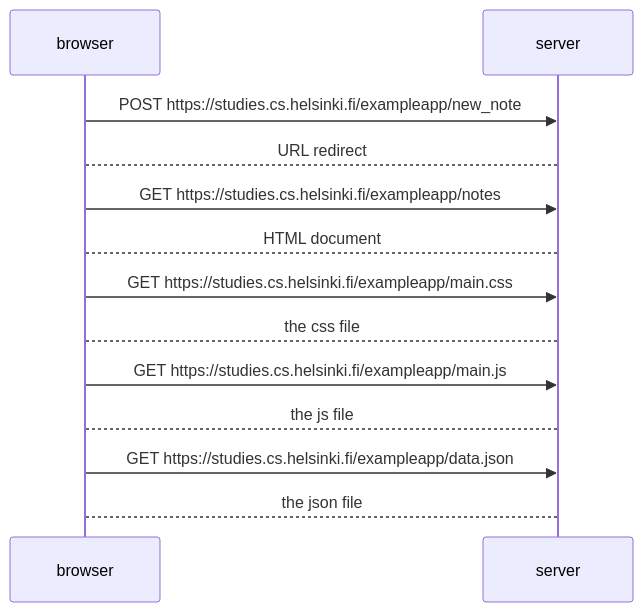
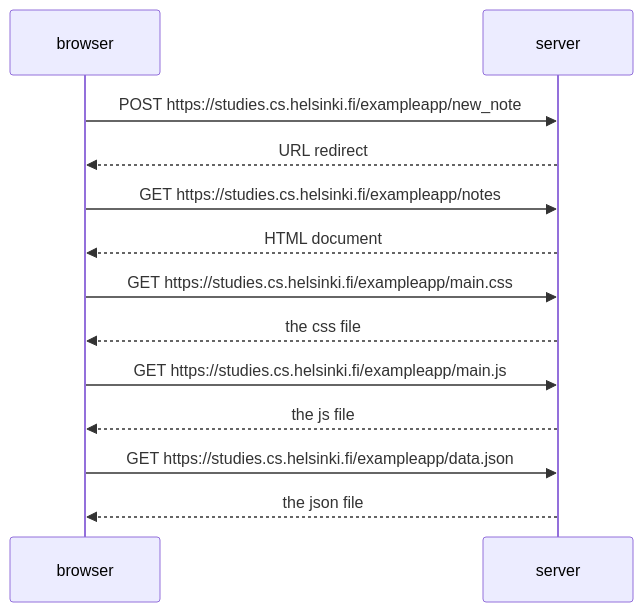
The diagram in exercise4.md (Amin-Zoghlami/fullstack-part0-exercises), drawn with Mermaid before and after one commit.

Commit message:
Fix server to browser arrows

````diff
--- a/exercise4.md
+++ b/exercise4.md
@@ -1,20 +1,20 @@
 ```mermaid
     sequenceDiagram
         participant browser
         participant server
         
         browser->>server: POST https://studies.cs.helsinki.fi/exampleapp/new_note
-        server-->browser: URL redirect
+        server-->>browser: URL redirect
 
         browser->>server: GET https://studies.cs.helsinki.fi/exampleapp/notes
-        server-->browser: HTML document
+        server-->>browser: HTML document
 
         browser->>server: GET https://studies.cs.helsinki.fi/exampleapp/main.css
-        server-->browser: the css file
+        server-->>browser: the css file
         
         browser->>server: GET https://studies.cs.helsinki.fi/exampleapp/main.js
-        server-->browser: the js file
+        server-->>browser: the js file
 
         browser->>server: GET https://studies.cs.helsinki.fi/exampleapp/data.json
-        server-->browser: the json file
+        server-->>browser: the json file
 ```
````
